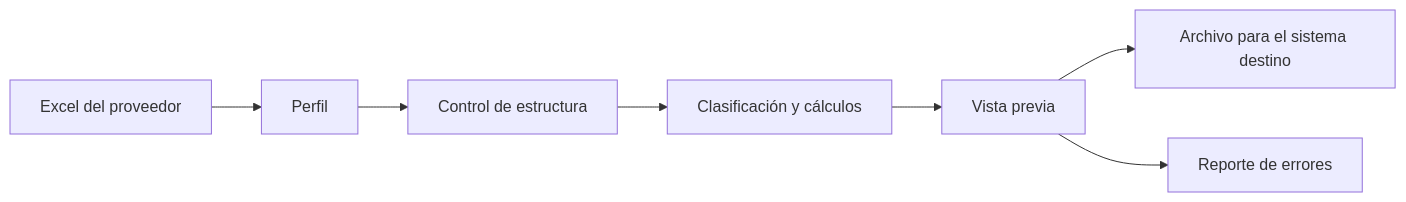
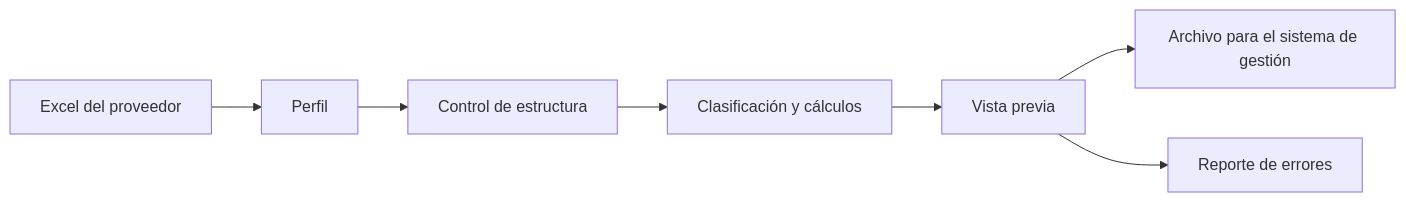
The diagram in README.md (fraanv1999/TPIFinalDesiderioVazquez), drawn with Mermaid before and after one commit. The commit also changed other lines of this file and 10 other files, not shown here.

````diff
--- a/README.md
+++ b/README.md
@@ -19,6 +33,6 @@
 ```mermaid
 flowchart LR
     A[Excel del proveedor] --> B[Perfil] --> C[Control de estructura] --> D[Clasificación y cálculos] --> E[Vista previa]
-    E --> F[Archivo para el sistema destino]
+    E --> F[Archivo para el sistema de gestión]
     E --> G[Reporte de errores]
 ```
````
